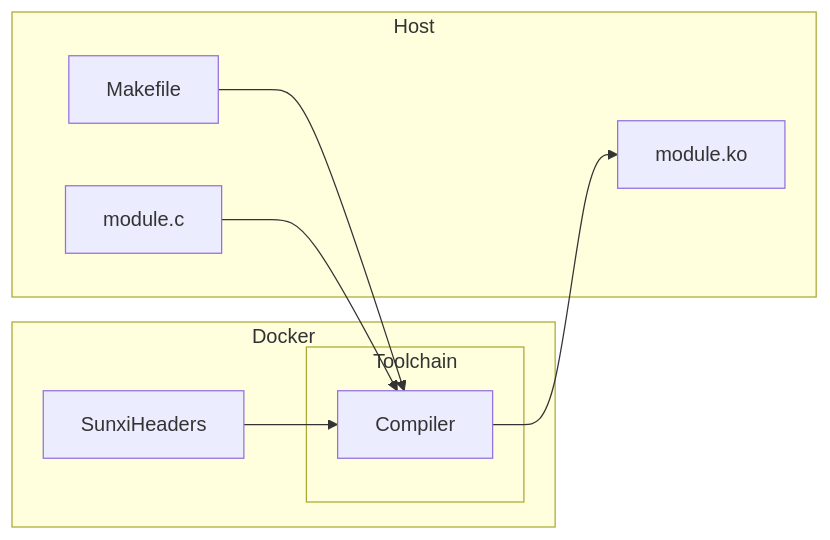
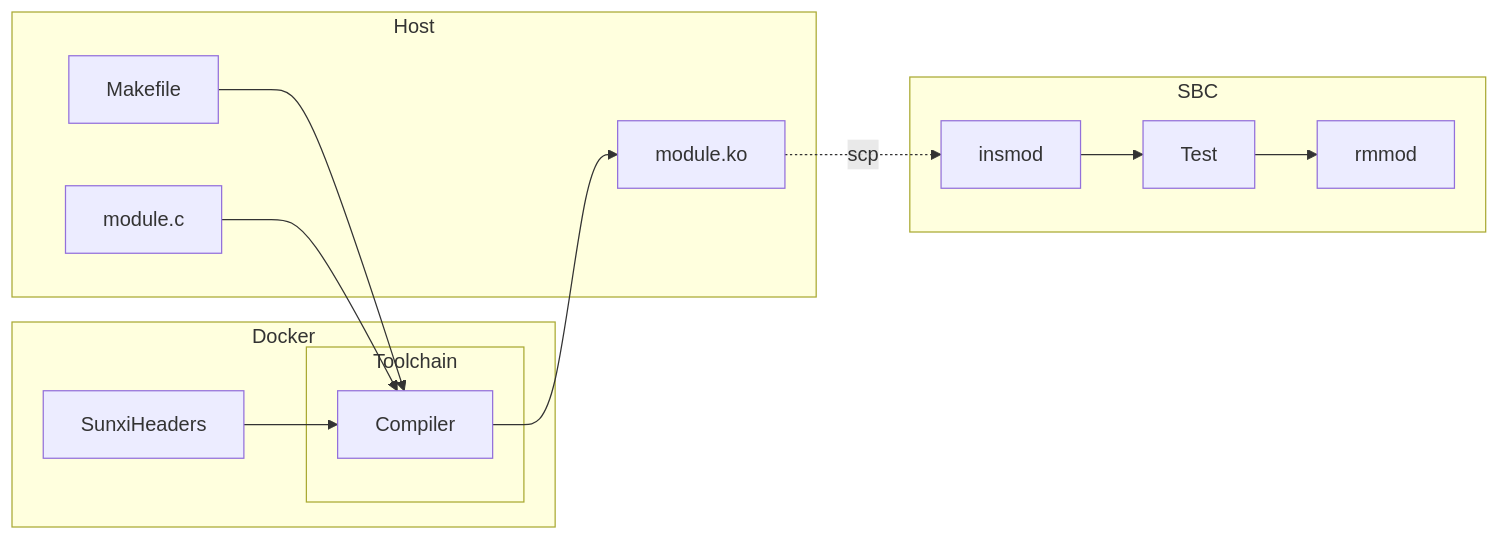
Before and after one commit to lorsi96/TSL2561-Linux-Driver: the second of 3 diagrams in README.md, drawn with Mermaid. The commit also changed other lines of this file and 1 other file, not shown here.

Commit message:
#6 Testing line reference

````diff
--- a/README.md
+++ b/README.md
@@ -41,16 +40,23 @@
 ```mermaid
 flowchart LR
     subgraph Host
         module.ko
     end
     subgraph Docker
         SunxiHeaders --> Compiler
         subgraph Toolchain
             Compiler --> module.ko
         end
     end
     subgraph Host
         Makefile --> Compiler 
         module.c --> Compiler
     end
+    subgraph SBC
+        insmod --> Test
+        Test --> rmmod
+        rmmod
+
+    end
+    module.ko -.scp .-> insmod
 ```
````
